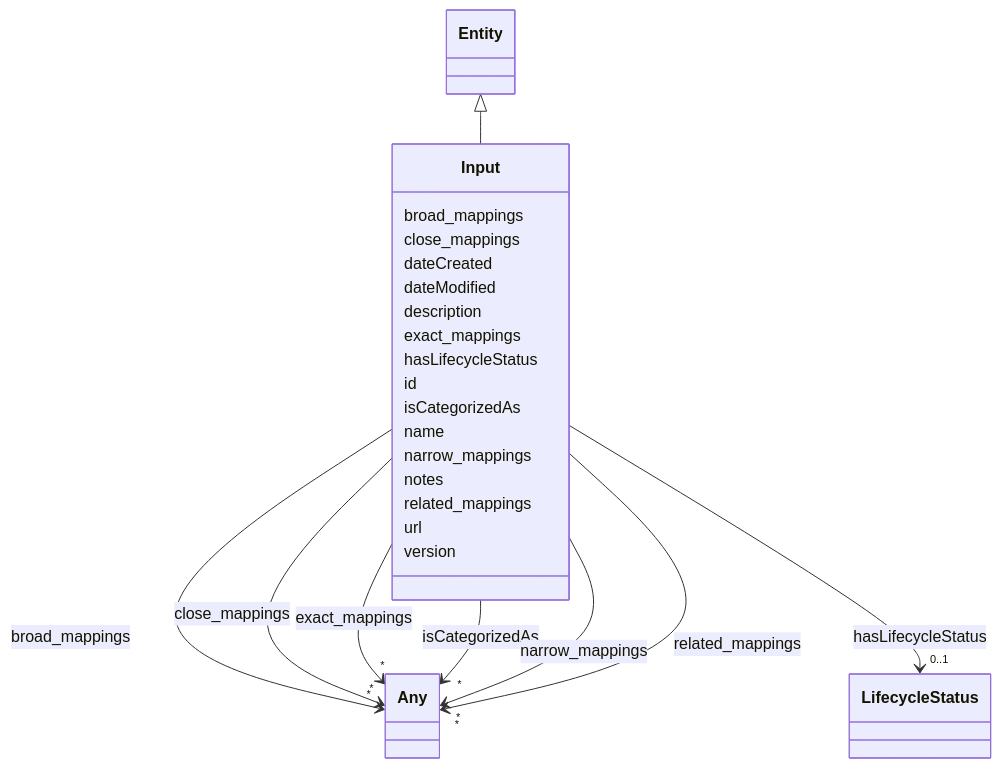
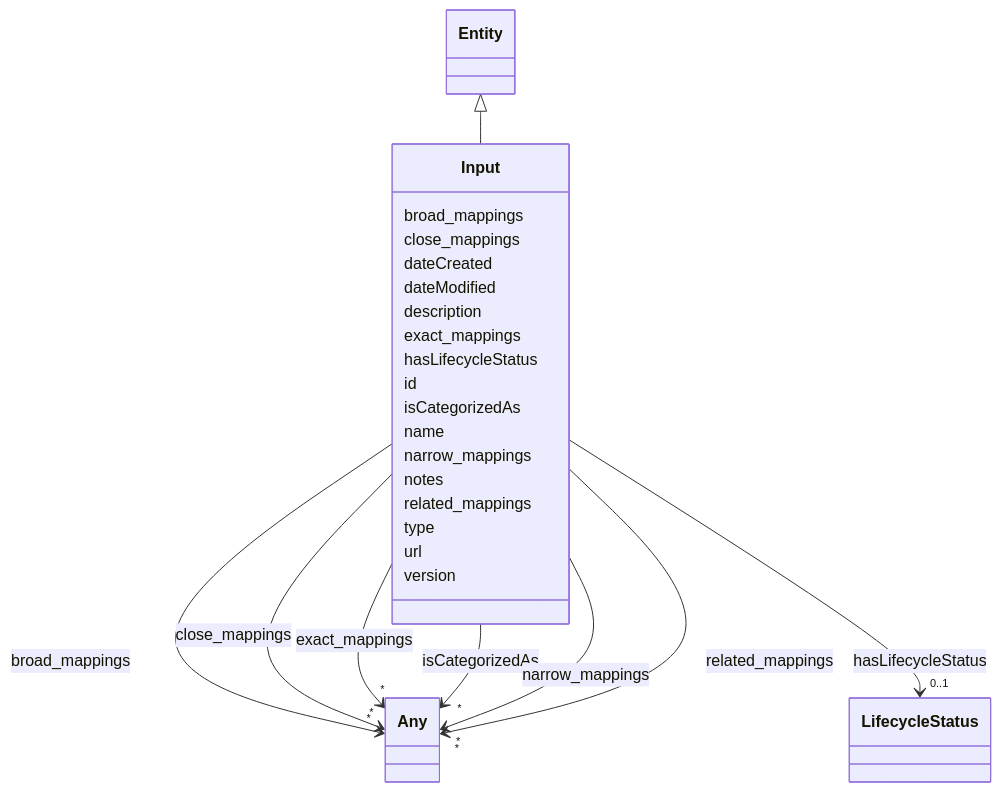
The diagram in docs/ontology/Input.md (IBM/ai-atlas-nexus), drawn with Mermaid before and after one commit. The commit also changed other lines of this file and 151 other files, not shown here.

```diff
--- a/docs/ontology/Input.md
+++ b/docs/ontology/Input.md
@@ -107,6 +107,8 @@
 
 
 
+      Input : type
+
       Input : url
 
       Input : version
```
